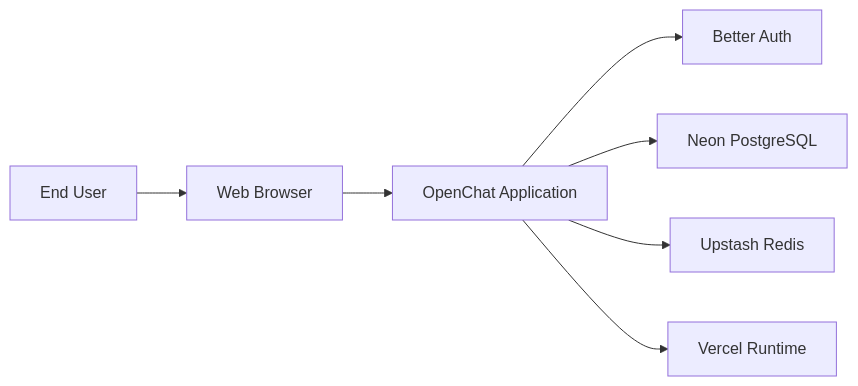
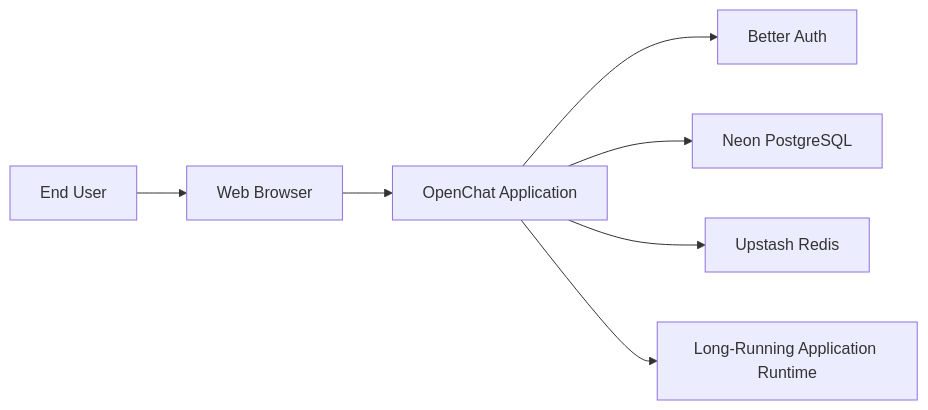
Before and after one commit to eliasfeijo/open-chat: the second of 3 diagrams in docs/architecture.md, drawn with Mermaid. The commit also changed other lines of this file and 3 other files, not shown here.

````diff
--- a/docs/architecture.md
+++ b/docs/architecture.md
@@ -120,17 +120,17 @@
 ```mermaid
 flowchart LR
 		User[End User]
 		Browser[Web Browser]
 		App[OpenChat Application]
 		Auth[Better Auth]
 		Postgres[Neon PostgreSQL]
 		Redis[Upstash Redis]
-		Vercel[Vercel Runtime]
+		Runtime[Long-Running Application Runtime]
 
 		User --> Browser
 		Browser --> App
 		App --> Auth
 		App --> Postgres
 		App --> Redis
-		App --> Vercel
+		App --> Runtime
 ```
````
